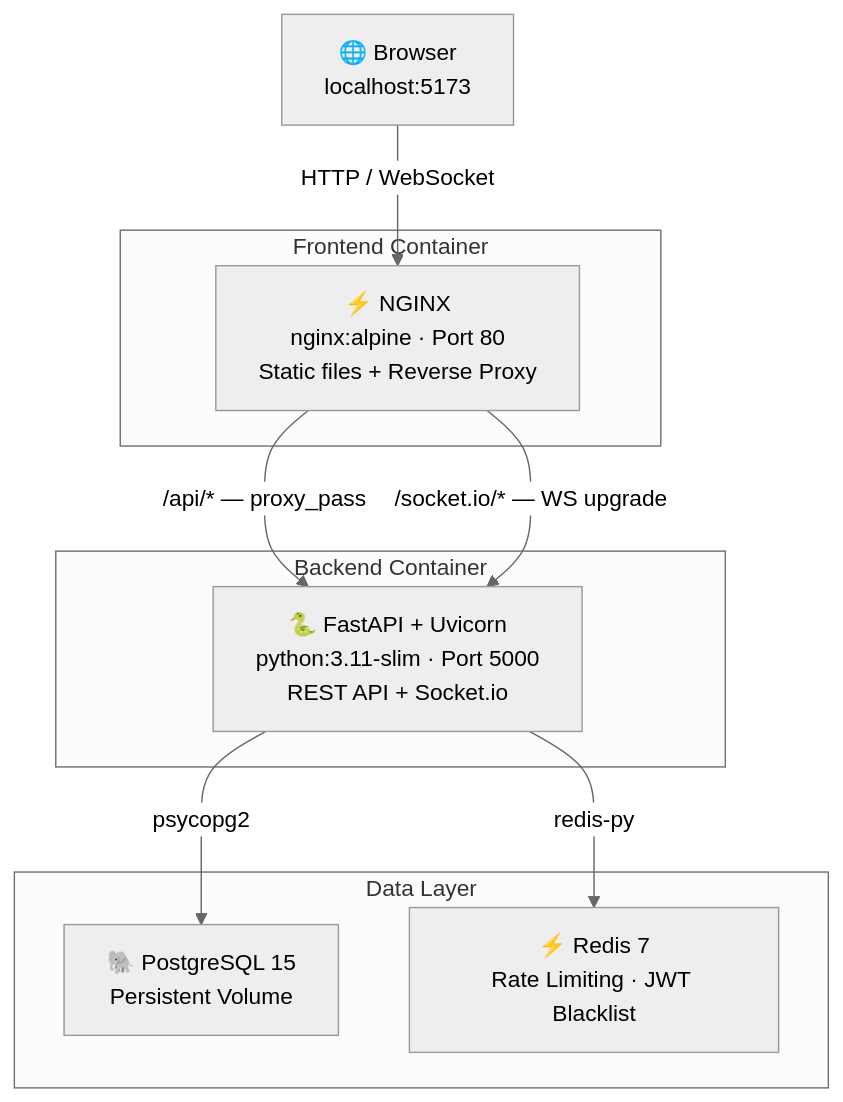
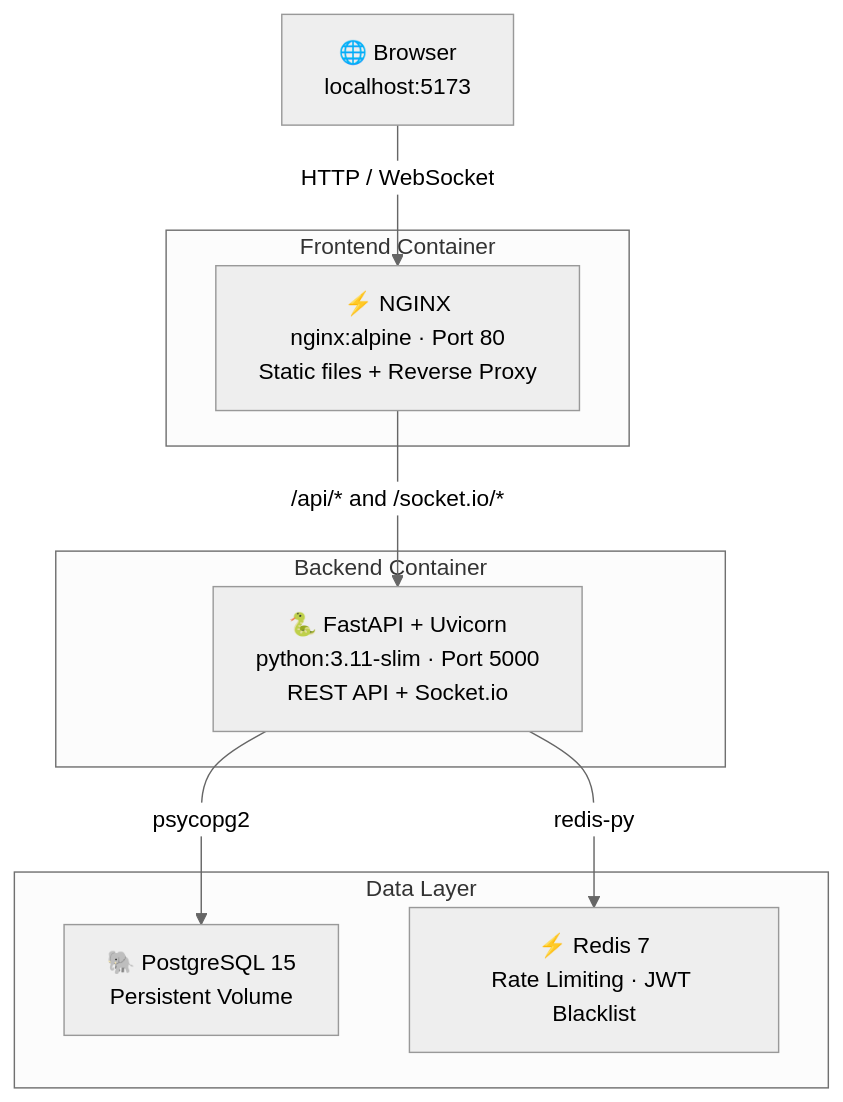
Before and after one commit to Vasanth1602/votesecure-devops-journey: the diagram in README.md, drawn with Mermaid (neutral theme). The commit also changed other lines of this file and 2 other files, not shown here.

````diff
--- a/README.md
+++ b/README.md
@@ -26,23 +26,22 @@
 ```mermaid
 graph TD
     Browser["🌐 Browser<br/>localhost:5173"]
 
     subgraph frontend ["Frontend Container"]
         NGINX["⚡ NGINX<br/>nginx:alpine · Port 80<br/>Static files + Reverse Proxy"]
     end
 
     subgraph backend_container ["Backend Container"]
         API["🐍 FastAPI + Uvicorn<br/>python:3.11-slim · Port 5000<br/>REST API + Socket.io"]
     end
 
     subgraph data ["Data Layer"]
         PG["🐘 PostgreSQL 15<br/>Persistent Volume"]
         RD["⚡ Redis 7<br/>Rate Limiting · JWT Blacklist"]
     end
 
     Browser -->|"HTTP / WebSocket"| NGINX
-    NGINX -->|"/api/* — proxy_pass"| API
-    NGINX -->|"/socket.io/* — WS upgrade"| API
+    NGINX -->|"/api/* and /socket.io/*"| API
     API -->|"psycopg2"| PG
     API -->|"redis-py"| RD
 ```
````
